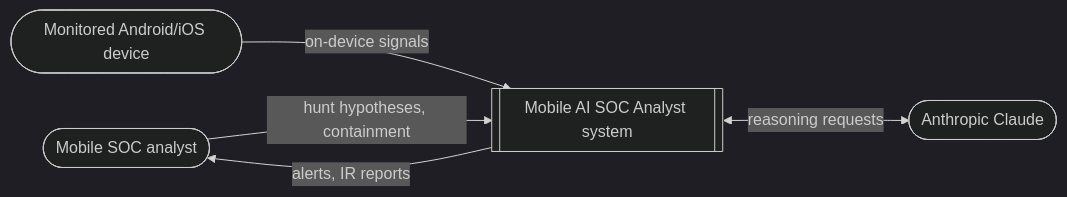
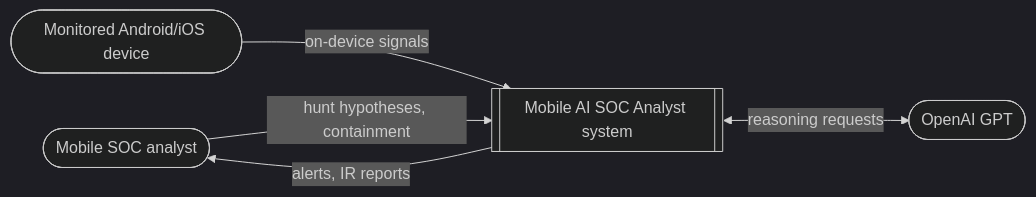
One commit to naratech-eng/mobile-ai-soc-analyst changed the first of 3 diagrams in docs/engineering/architecture.md. Above: the diagram before and after it, drawn with Mermaid (dark theme). The commit also changed other lines of this file and 5 other files, not shown here.

First line of the commit message:
Switch LLM provider from Anthropic to OpenAI in docs

````diff
--- a/docs/engineering/architecture.md
+++ b/docs/engineering/architecture.md
@@ -18,12 +18,12 @@
 ```mermaid
 flowchart LR
     analyst([Mobile SOC analyst])
     device([Monitored Android/iOS device])
-    llm([Anthropic Claude])
+    llm([OpenAI GPT])
     system[[Mobile AI SOC Analyst system]]
 
     device -->|on-device signals| system
     system -->|alerts, IR reports| analyst
     analyst -->|hunt hypotheses, containment| system
     system <-->|reasoning requests| llm
 ```
````
